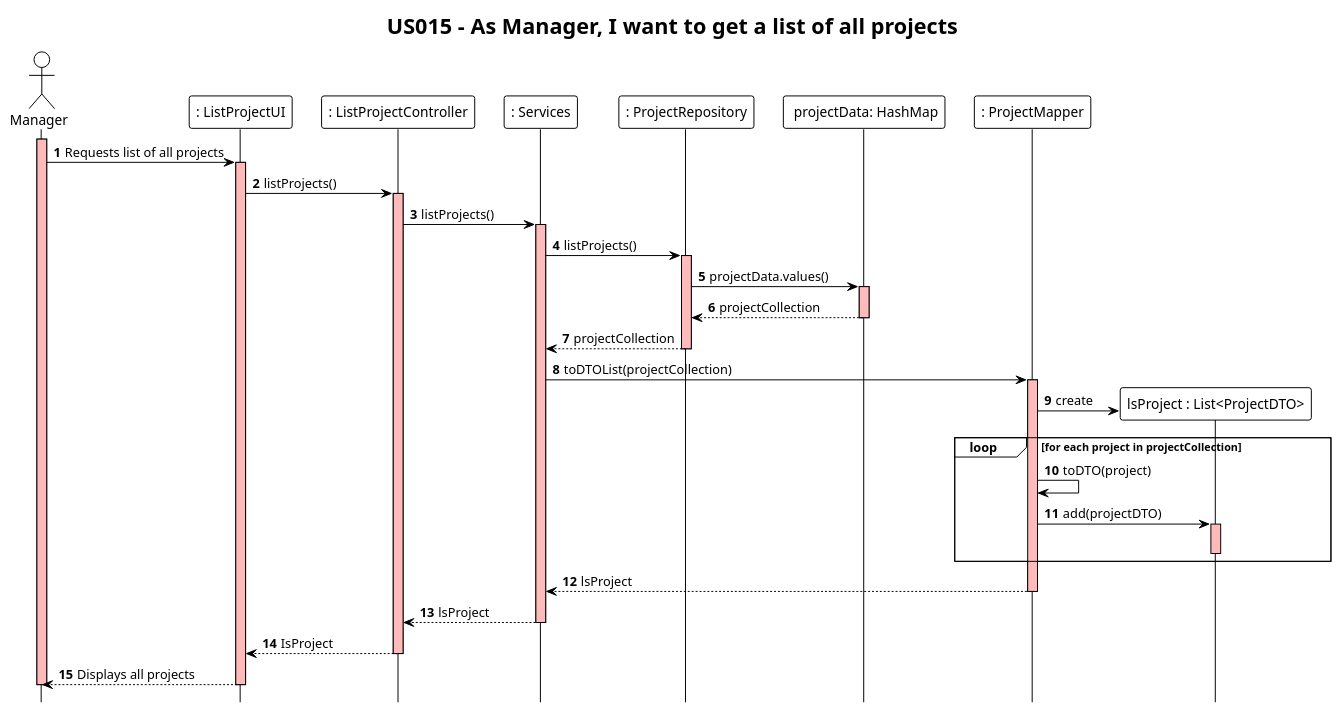
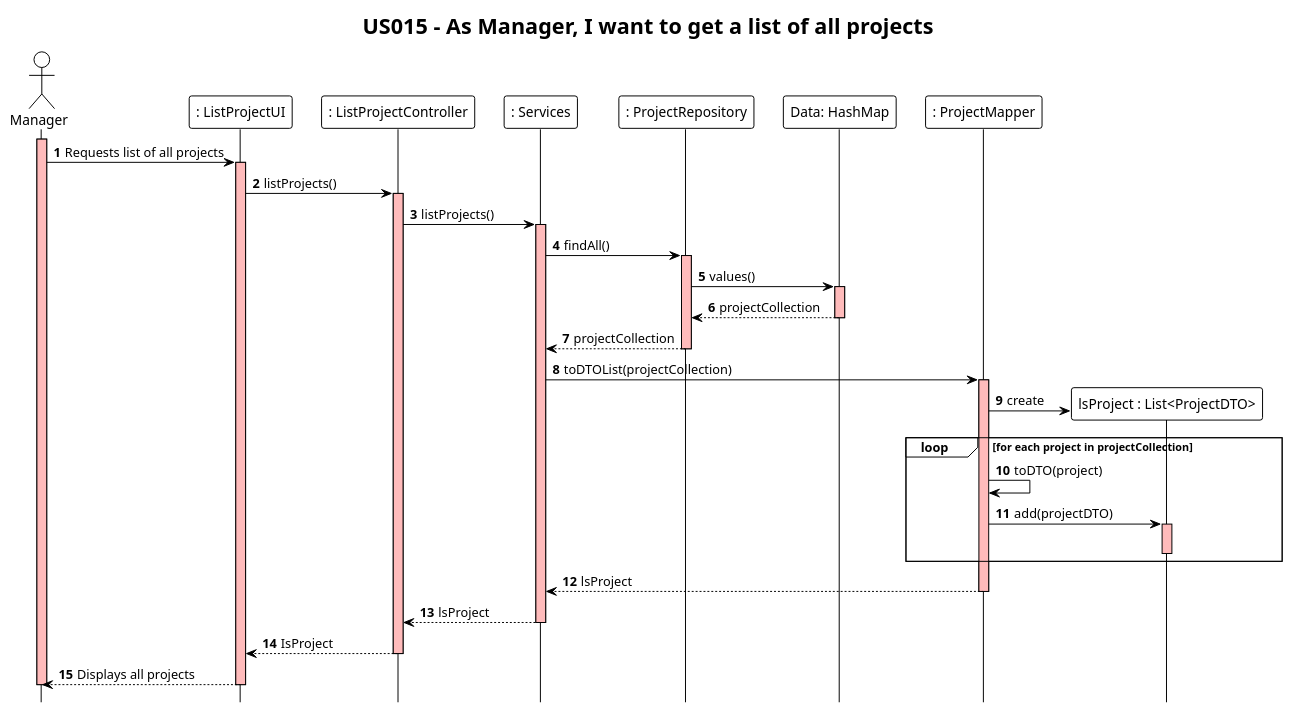
One commit to ivo-menezes/project_g3 changed the diagram in docs/modelling_design/user_stories/us015/US015_ListAllProjectsSD(DDD).puml. Above: the diagram before and after it, drawn with PlantUML.

Commit message:
US015: Design : US015_ListAllProjectsSD(DDD) (Update) (Addresses #56)

```diff
--- a/docs/modelling_design/user_stories/us015/US015_ListAllProjectsSD(DDD).puml
+++ b/docs/modelling_design/user_stories/us015/US015_ListAllProjectsSD(DDD).puml
@@ -1,58 +1,58 @@
 @startuml
 !theme plain
 autonumber
 hide footbox
 title "US015 - As Manager, I want to get a list of all projects"
 
 actor Manager as Manager
 participant ": ListProjectUI" as UI
 participant ": ListProjectController" as Controller
 participant ": Services" as Services
 participant ": ProjectRepository" as ProjectRepository
-participant " projectData: HashMap" as projectData
+participant "Data: HashMap" as projectData
 participant ": ProjectMapper" as Mapper
 participant "lsProject : List<ProjectDTO>" as DTOList
 
 activate Manager #FFBBBB
 Manager -> UI: Requests list of all projects
 
 activate UI #FFBBBB
 UI -> Controller: listProjects()
 activate Controller #FFBBBB
 Controller -> Services: listProjects()
 
 activate Services #FFBBBB
-Services -> ProjectRepository : listProjects()
+Services -> ProjectRepository : findAll()
 activate ProjectRepository #FFBBBB
-ProjectRepository -> projectData: projectData.values()
+ProjectRepository -> projectData: values()
 activate projectData #FFBBBB
 projectData --> ProjectRepository: projectCollection
 deactivate projectData
 ProjectRepository --> Services : projectCollection
 deactivate ProjectRepository
 
 Services -> Mapper : toDTOList(projectCollection)
 activate Mapper #FFBBBB
 
 Mapper -> DTOList ** : create
 
 loop for each project in projectCollection
 Mapper -> Mapper : toDTO(project)
 Mapper -> DTOList : add(projectDTO)
 activate DTOList #FFBBBB
 deactivate DTOList
 end
 
 Mapper --> Services : lsProject
 deactivate Mapper
 
 Services --> Controller : lsProject
 deactivate Services
 
 Controller --> UI : IsProject
 deactivate Controller
 
 UI --> Manager: Displays all projects
 deactivate UI
 deactivate Manager #FFBBBB
 @enduml
```
